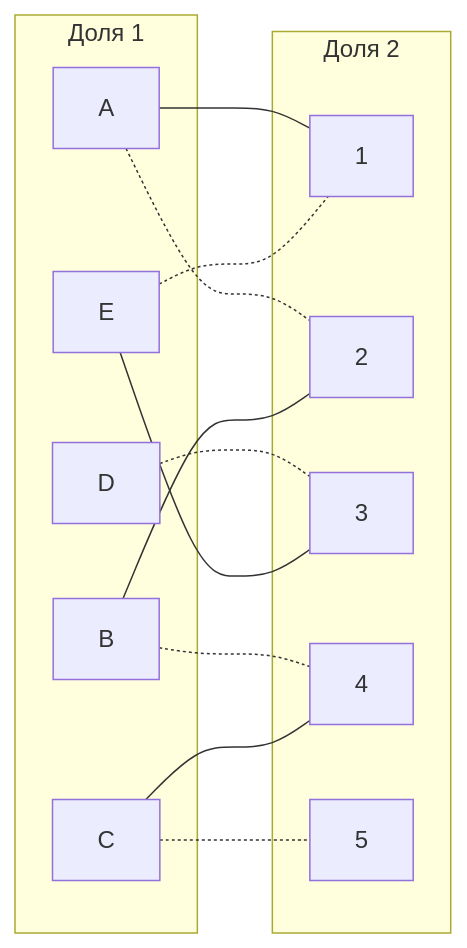
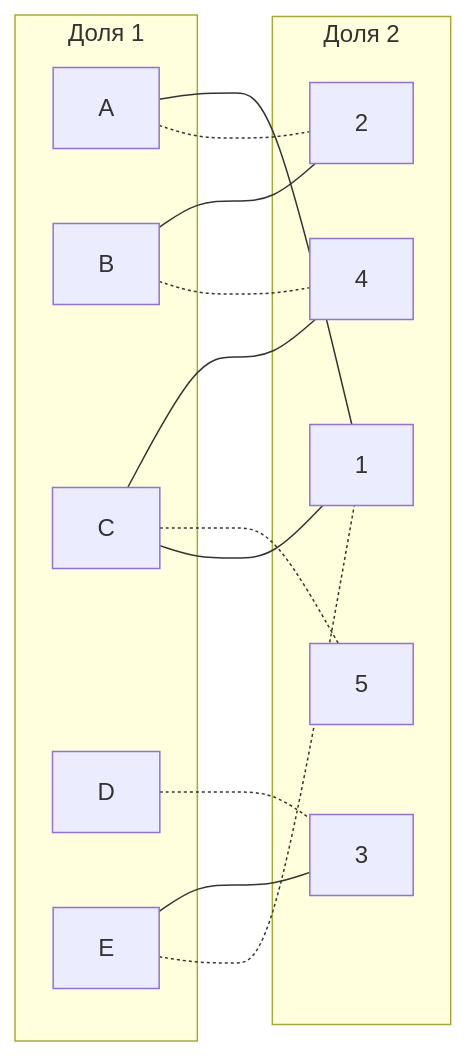
One commit to HSE-algo-23-crow/manual_tasks changed the ninth of 9 diagrams in task_13/altyn_task_13.md. Above: the diagram before and after it, drawn with Mermaid. The commit also changed other lines of this file, not shown here.

````diff
--- a/task_13/altyn_task_13.md
+++ b/task_13/altyn_task_13.md
@@ -232,27 +274,28 @@
 ```mermaid
 graph LR
     subgraph "Доля 1"
         A[A]
         B[B]
         C[C]
         D[D]
         E[E]
     end
     subgraph "Доля 2"
         1[1]
         2[2]
         3[3]
         4[4]
         5[5]
     end
     A --- 1
     A -.- 2
     B --- 2
     B -.- 4
     C --- 4
     C -.- 5
+    C --- 1
     D -.- 3
     E --- 3
     E -.- 1
 
 ```
````
